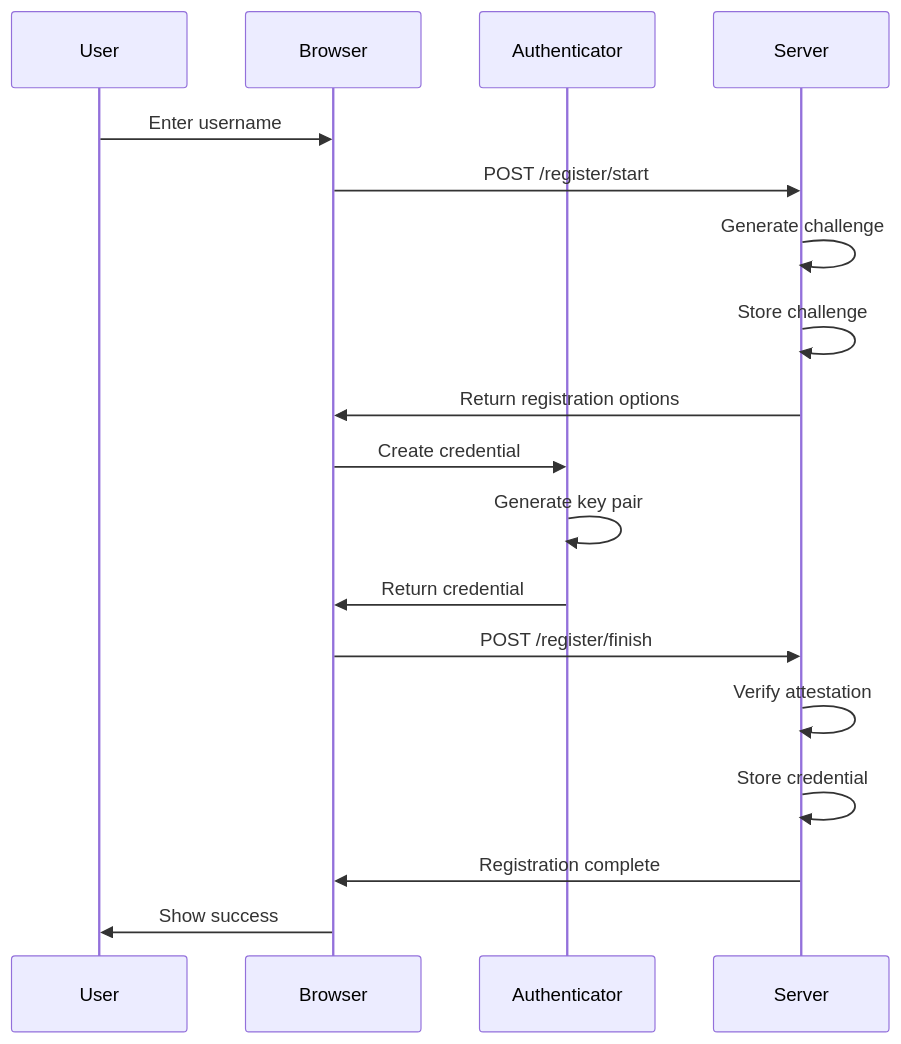
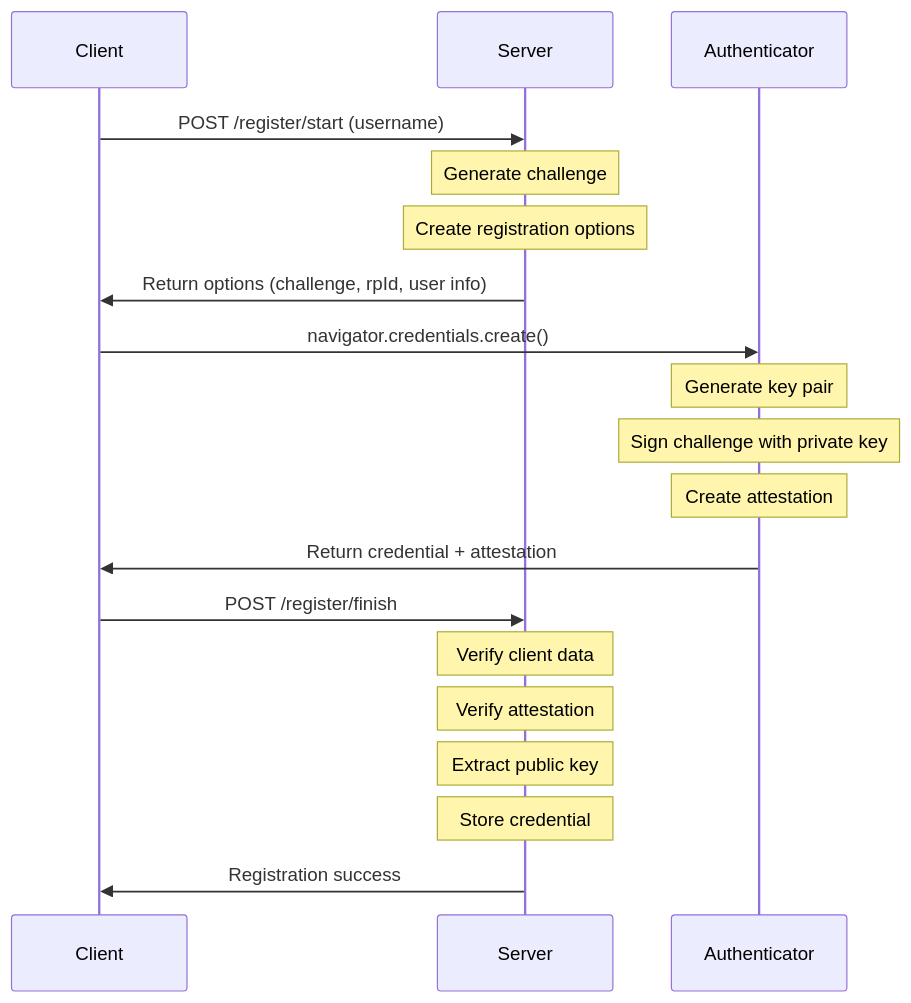
One commit to ktaka-ccmp/ktaka.blog.ccmp.jp changed the first of 2 diagrams in 2025/AxumPasskey/Readme.en.md. Above: the diagram before and after it, drawn with Mermaid. The commit also changed other lines of this file, not shown here.

````diff
--- a/2025/AxumPasskey/Readme.en.md
+++ b/2025/AxumPasskey/Readme.en.md
@@ -69,21 +25,24 @@
 ```mermaid
 sequenceDiagram
-    participant User
-    participant Browser
-    participant Authenticator
-    participant Server
+    participant C as Client
+    participant S as Server
+    participant A as Authenticator
 
-    User->>Browser: Enter username
-    Browser->>Server: POST /register/start
-    Server->>Server: Generate challenge
-    Server->>Server: Store challenge
-    Server->>Browser: Return registration options
-    Browser->>Authenticator: Create credential
-    Authenticator->>Authenticator: Generate key pair
-    Authenticator->>Browser: Return credential
-    Browser->>Server: POST /register/finish
-    Server->>Server: Verify attestation
-    Server->>Server: Store credential
-    Server->>Browser: Registration complete
-    Browser->>User: Show success
+    C->>S: POST /register/start (username)
+    Note over S: Generate challenge
+    Note over S: Create registration options
+    S->>C: Return options (challenge, rpId, user info)
+    
+    C->>A: navigator.credentials.create()
+    Note over A: Generate key pair
+    Note over A: Sign challenge with private key
+    Note over A: Create attestation
+    A->>C: Return credential + attestation
+    
+    C->>S: POST /register/finish
+    Note over S: Verify client data
+    Note over S: Verify attestation
+    Note over S: Extract public key
+    Note over S: Store credential
+    S->>C: Registration success
 ```
````
